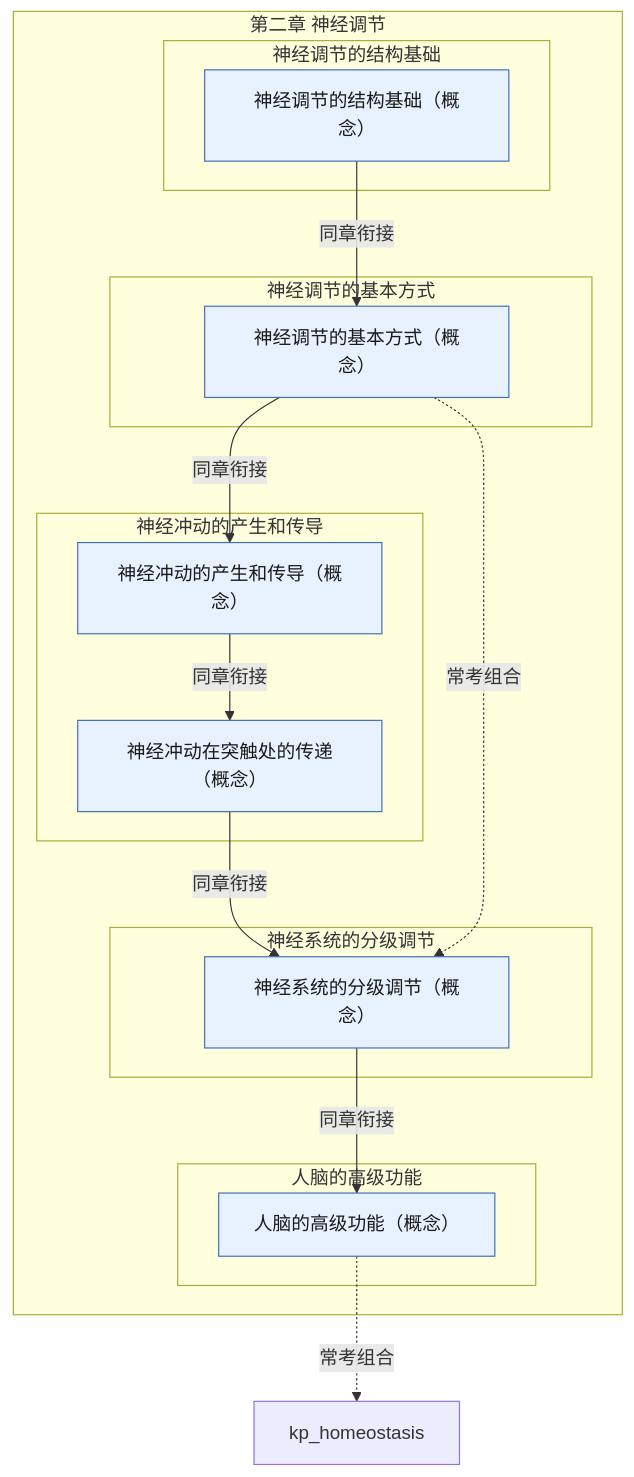
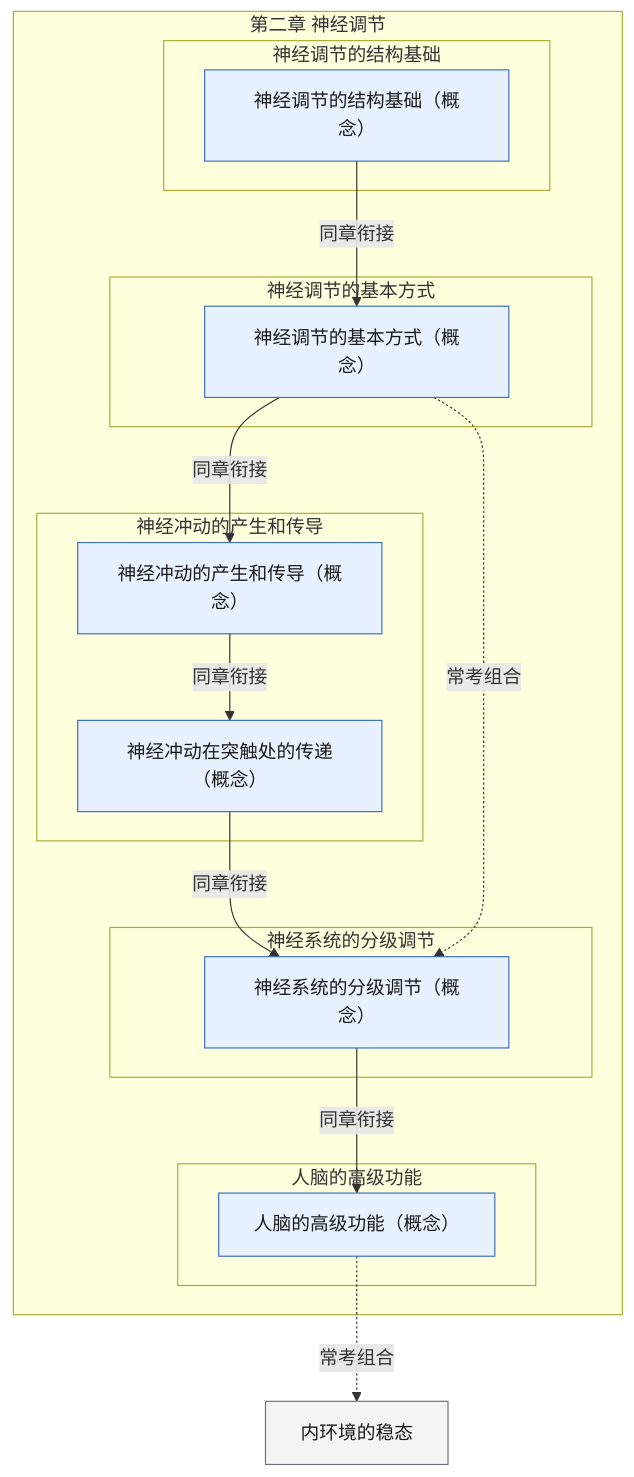
The diagram in skills/high-school-ai-tutor/references/pep-bio-xbx1-ch2.md (lihenair/high-school-ai-tutor-skill), drawn with Mermaid before and after one commit. The commit also changed 20 other files, not shown here.

Commit message:
feat(graph): 跨章常考组合渲染为中文显示名（灰色外部节点），不再显示英文代号

````diff
--- a/skills/high-school-ai-tutor/references/pep-bio-xbx1-ch2.md
+++ b/skills/high-school-ai-tutor/references/pep-bio-xbx1-ch2.md
@@ -5,32 +5,32 @@
 ```mermaid
 flowchart TD
   classDef concept fill:#E8F1FF,stroke:#3B6FB6,color:#1A1A1A
   classDef skill fill:#E7F6EE,stroke:#2E7D4F,color:#1A1A1A
   classDef experiment fill:#FFF4E5,stroke:#C47B17,color:#1A1A1A
   classDef later fill:#F4F4F5,stroke:#71717A,color:#1A1A1A
   subgraph ch["第二章 神经调节"]
     subgraph s1["神经调节的结构基础"]
       kp_neuron_structure["神经调节的结构基础（概念）"]:::concept
     end
     subgraph s2["神经调节的基本方式"]
       kp_reflex_arc["神经调节的基本方式（概念）"]:::concept
     end
     subgraph s3["神经冲动的产生和传导"]
       kp_nerve_impulse["神经冲动的产生和传导（概念）"]:::concept
       kp_synapse["神经冲动在突触处的传递（概念）"]:::concept
     end
     subgraph s4["神经系统的分级调节"]
       kp_hierarchical_regulation["神经系统的分级调节（概念）"]:::concept
     end
     subgraph s5["人脑的高级功能"]
       kp_brain_functions["人脑的高级功能（概念）"]:::concept
     end
   end
   kp_neuron_structure -->|同章衔接| kp_reflex_arc
   kp_reflex_arc -->|同章衔接| kp_nerve_impulse
   kp_nerve_impulse -->|同章衔接| kp_synapse
   kp_synapse -->|同章衔接| kp_hierarchical_regulation
   kp_hierarchical_regulation -->|同章衔接| kp_brain_functions
   kp_reflex_arc -.->|常考组合| kp_hierarchical_regulation
-  kp_brain_functions -.->|常考组合| kp_homeostasis
+  kp_brain_functions -.->|常考组合| kp_homeostasis["内环境的稳态"]:::later
 ```
````
